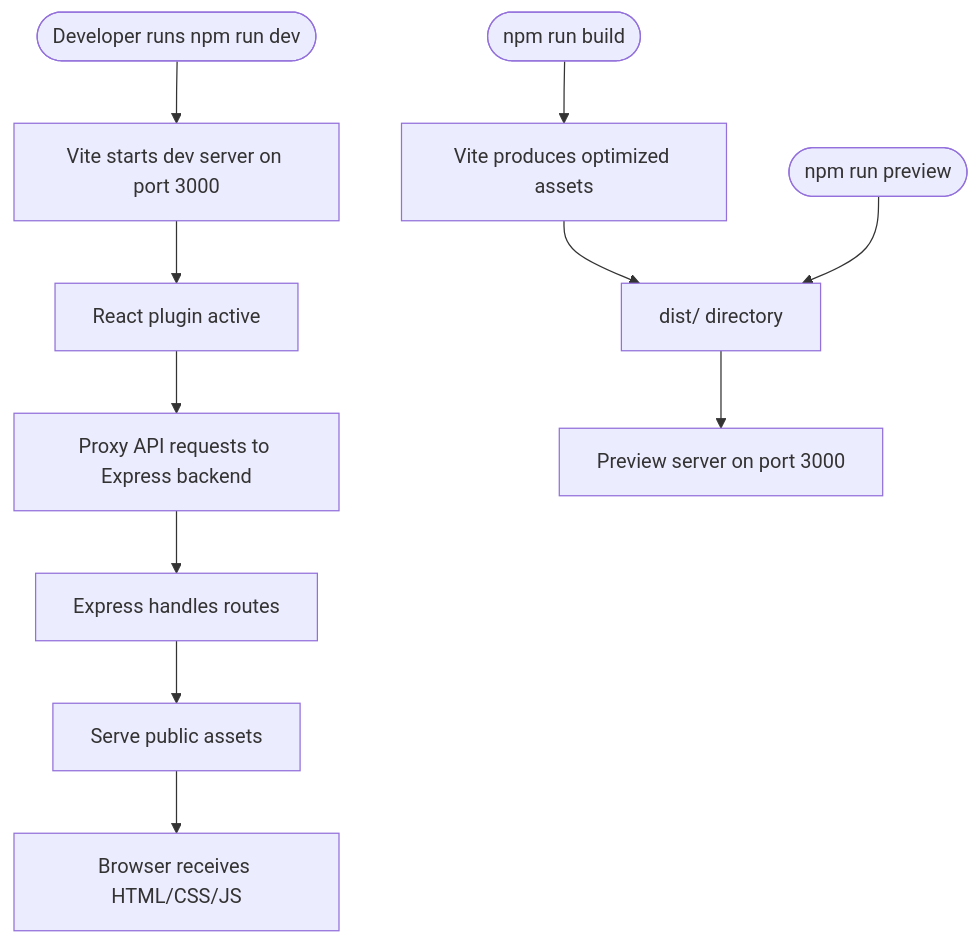
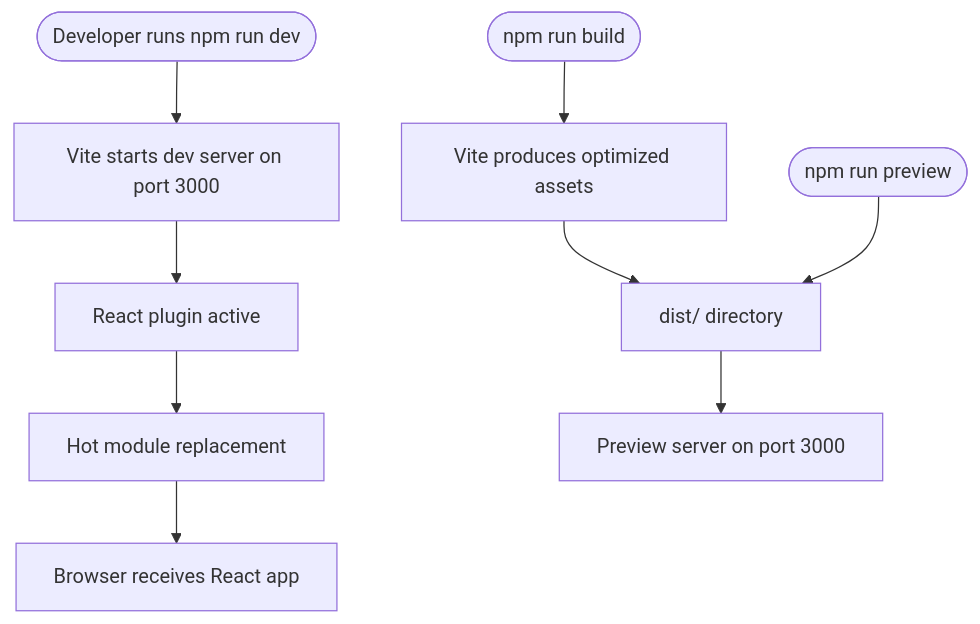
One commit to rakeshmaity271/frankie-picasso changed the eighth of 11 diagrams in .qoder/repowiki/en/content/Application Architecture.md. Above: the diagram before and after it, drawn with Mermaid. The commit also changed other lines of this file and 28 other files, not shown here.

````diff
--- a/.qoder/repowiki/en/content/Application Architecture.md
+++ b/.qoder/repowiki/en/content/Application Architecture.md
@@ -170,13 +309,11 @@
 ```mermaid
 flowchart TD
 Start(["Developer runs npm run dev"]) --> ViteStart["Vite starts dev server on port 3000"]
 ViteStart --> ReactPlugin["React plugin active"]
-ReactPlugin --> Proxy["Proxy API requests to Express backend"]
-Proxy --> ExpressRoutes["Express handles routes"]
-ExpressRoutes --> StaticServe["Serve public assets"]
-StaticServe --> Browser["Browser receives HTML/CSS/JS"]
+ReactPlugin --> HotReload["Hot module replacement"]
+HotReload --> Browser["Browser receives React app"]
 Build(["npm run build"]) --> ViteBuild["Vite produces optimized assets"]
 ViteBuild --> Dist["dist/ directory"]
 Preview(["npm run preview"]) --> Dist
 Dist --> PreviewServer["Preview server on port 3000"]
 ```
````
